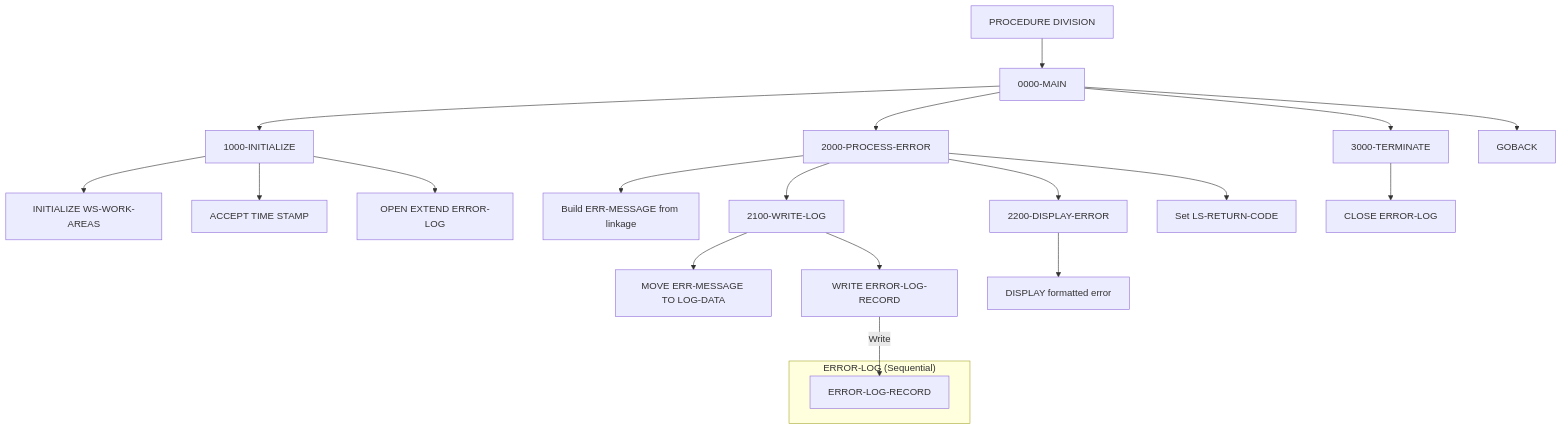
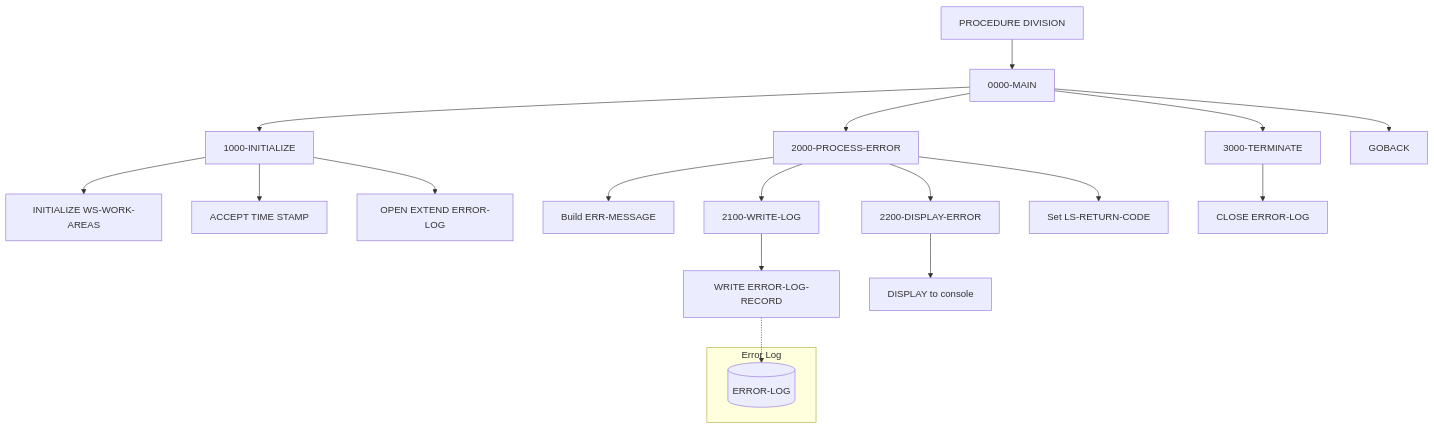
One commit to haladir-com/legacy-benchmark-docs-vb70e1 changed the diagram in docs/programs/ERRPROC.mdx. Above: the diagram before and after it, drawn with Mermaid. The commit also changed other lines of this file and 64 other files, not shown here.

````diff
--- a/docs/programs/ERRPROC.mdx
+++ b/docs/programs/ERRPROC.mdx
@@ -19,30 +16,28 @@
 ```mermaid
 graph TD
     A[PROCEDURE DIVISION] --> B[0000-MAIN]
     B --> C[1000-INITIALIZE]
     B --> D[2000-PROCESS-ERROR]
     B --> E[3000-TERMINATE]
     B --> F[GOBACK]
     
-    C --> C1[INITIALIZE WS-WORK-AREAS]
-    C --> C2[ACCEPT TIME STAMP]
-    C --> C3[OPEN EXTEND ERROR-LOG]
+    C --> G[INITIALIZE WS-WORK-AREAS]
+    C --> H[ACCEPT TIME STAMP]
+    C --> I[OPEN EXTEND ERROR-LOG]
     
-    D --> D1[Build ERR-MESSAGE from linkage]
-    D --> D2[2100-WRITE-LOG]
-    D --> D3[2200-DISPLAY-ERROR]
-    D --> D4[Set LS-RETURN-CODE]
+    D --> J[Build ERR-MESSAGE]
+    D --> K[2100-WRITE-LOG]
+    D --> L[2200-DISPLAY-ERROR]
+    D --> M[Set LS-RETURN-CODE]
     
-    D2 --> D2A[MOVE ERR-MESSAGE TO LOG-DATA]
-    D2 --> D2B[WRITE ERROR-LOG-RECORD]
+    K --> N[WRITE ERROR-LOG-RECORD]
+    L --> O[DISPLAY to console]
     
-    D3 --> D3A[DISPLAY formatted error]
+    E --> P[CLOSE ERROR-LOG]
     
-    E --> E1[CLOSE ERROR-LOG]
-    
-    subgraph "ERROR-LOG (Sequential)"
-        G[ERROR-LOG-RECORD]
+    subgraph "Error Log"
+        Q[(ERROR-LOG)]
     end
     
-    D2B -->|Write| G
+    N -.-> Q
 ```
````
